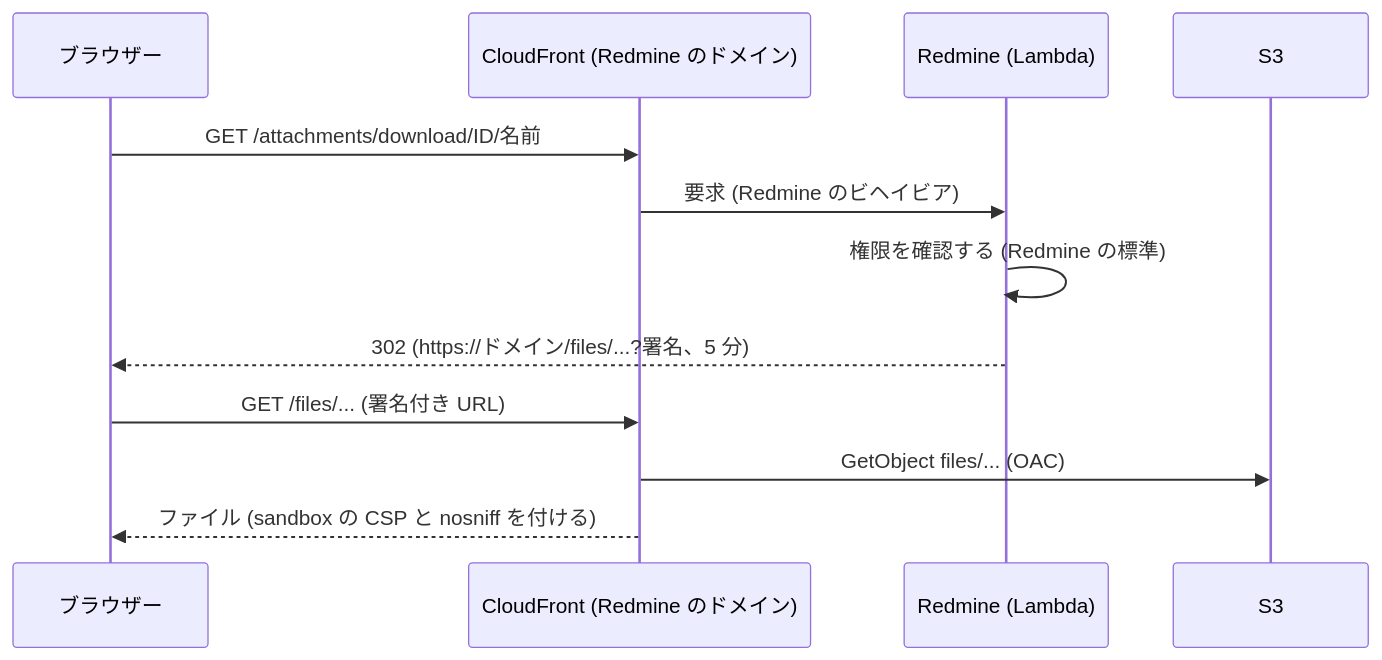
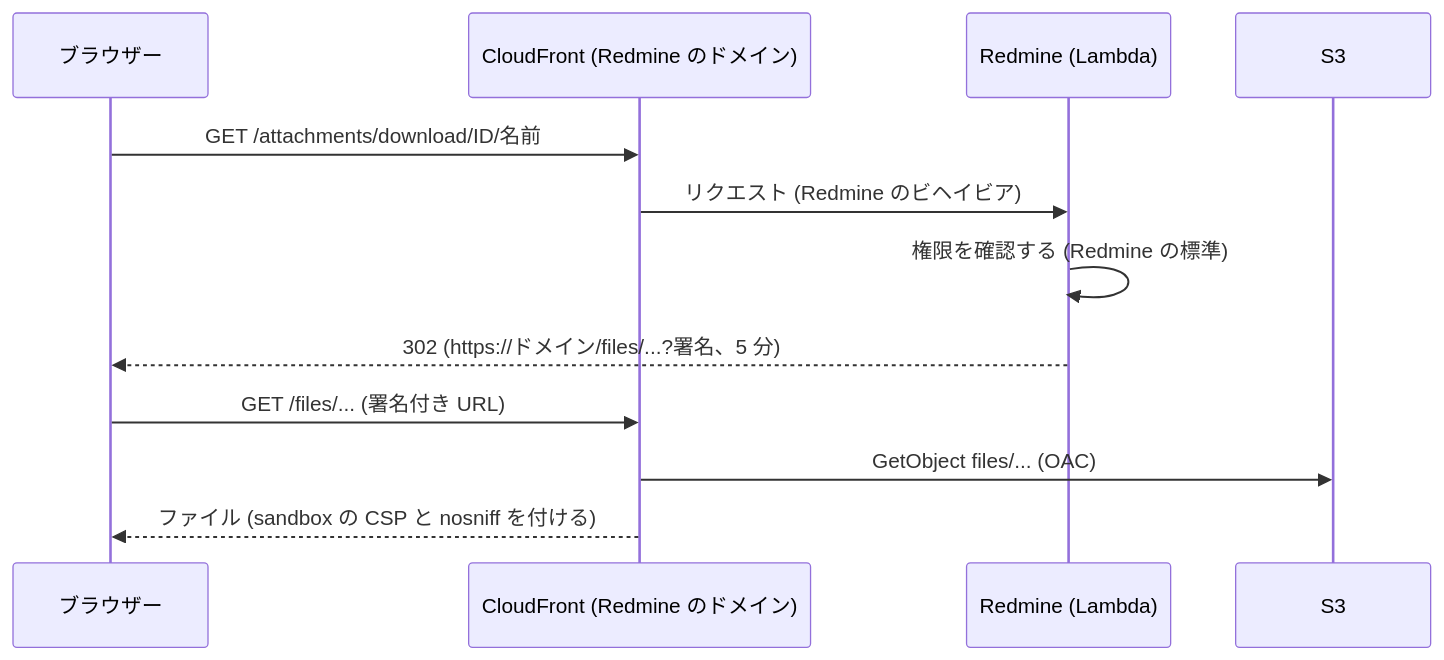
Before and after one commit to redmine-kit/redmine_aws_s3: the second of 4 diagrams in docs/ja/attachments.md, drawn with Mermaid. The commit also changed other lines of this file and 4 other files, not shown here.

````diff
--- a/docs/ja/attachments.md
+++ b/docs/ja/attachments.md
@@ -166,14 +166,14 @@
 ```mermaid
 sequenceDiagram
   participant B as ブラウザー
   participant C as CloudFront (Redmine のドメイン)
   participant R as Redmine (Lambda)
   participant S as S3
   B->>C: GET /attachments/download/ID/名前
-  C->>R: 要求 (Redmine のビヘイビア)
+  C->>R: リクエスト (Redmine のビヘイビア)
   R->>R: 権限を確認する (Redmine の標準)
   R-->>B: 302 (https://ドメイン/files/...?署名、5 分)
   B->>C: GET /files/... (署名付き URL)
   C->>S: GetObject files/... (OAC)
   C-->>B: ファイル (sandbox の CSP と nosniff を付ける)
 ```
````
